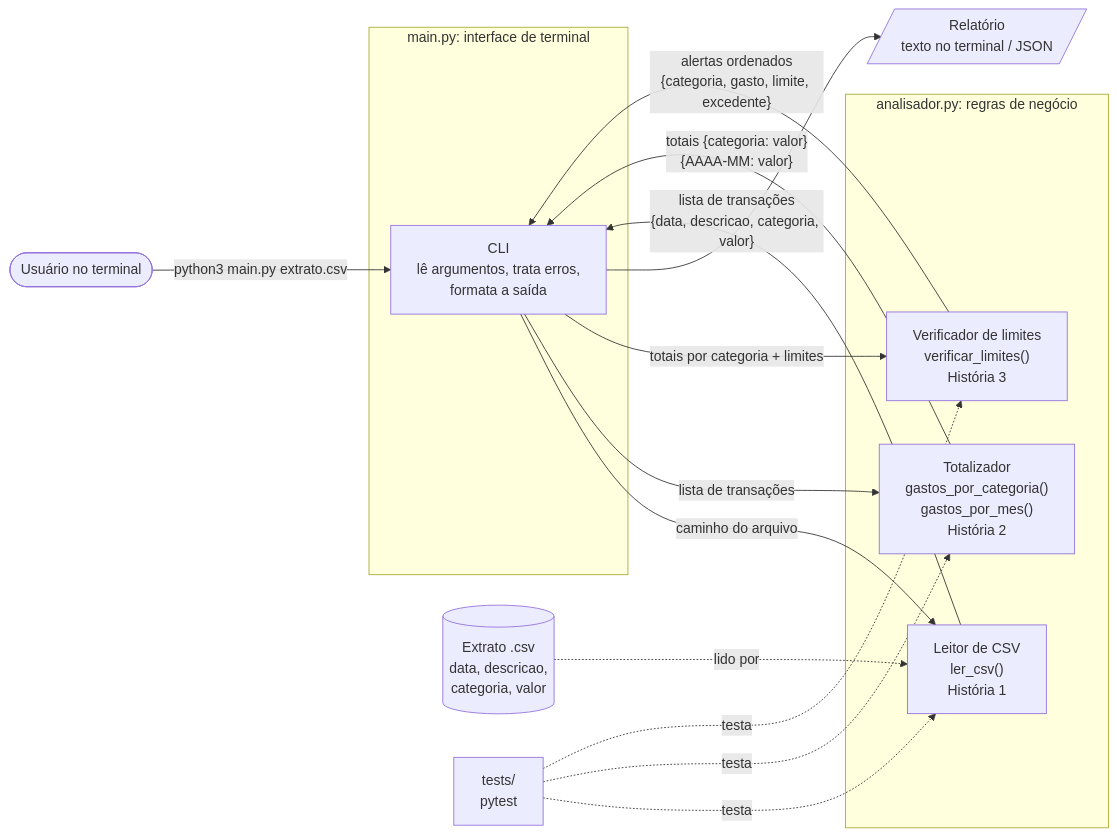
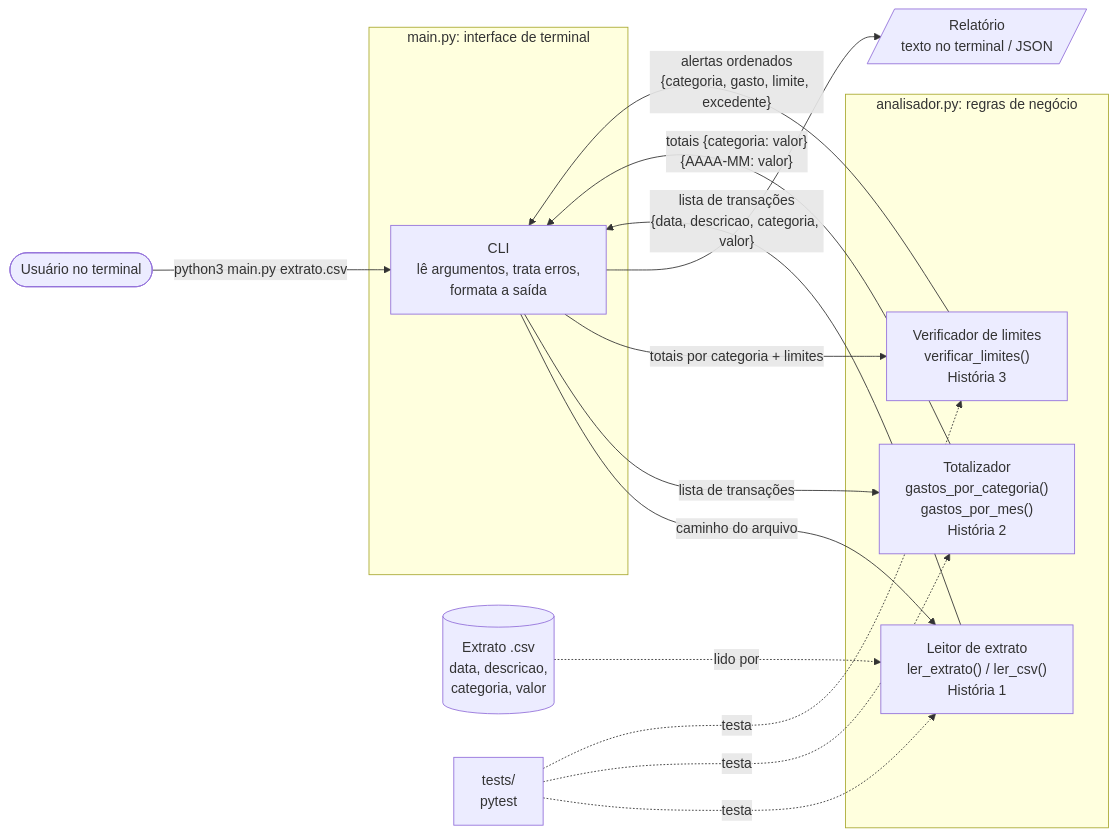
One commit to eLivrari/Atividade3-eng.software changed the first of 2 diagrams in ARQUITETURA.md. Above: the diagram before and after it, drawn with Mermaid. The commit also changed other lines of this file, not shown here.

Commit message:
arquitetura: diagrama de classes e padroes da historia 1

````diff
--- a/ARQUITETURA.md
+++ b/ARQUITETURA.md
@@ -7,30 +7,30 @@
 ```mermaid
 flowchart LR
     U([Usuário no terminal]) -->|"python3 main.py extrato.csv"| CLI
 
     subgraph Interface ["main.py: interface de terminal"]
         CLI["CLI<br/>lê argumentos, trata erros,<br/>formata a saída"]
     end
 
     subgraph Regras ["analisador.py: regras de negócio"]
-        LEITOR["Leitor de CSV<br/>ler_csv()<br/>História 1"]
+        LEITOR["Leitor de extrato<br/>ler_extrato() / ler_csv()<br/>História 1"]
         TOTAIS["Totalizador<br/>gastos_por_categoria()<br/>gastos_por_mes()<br/>História 2"]
         LIMITES["Verificador de limites<br/>verificar_limites()<br/>História 3"]
     end
 
     ARQ[("Extrato .csv<br/>data, descricao,<br/>categoria, valor")]
     REL[/"Relatório<br/>texto no terminal / JSON"/]
 
     CLI -->|caminho do arquivo| LEITOR
     ARQ -.->|lido por| LEITOR
     LEITOR -->|"lista de transações<br/>{data, descricao, categoria, valor}"| CLI
     CLI -->|lista de transações| TOTAIS
     TOTAIS -->|"totais {categoria: valor}<br/>{AAAA-MM: valor}"| CLI
     CLI -->|"totais por categoria + limites"| LIMITES
     LIMITES -->|"alertas ordenados<br/>{categoria, gasto, limite, excedente}"| CLI
     CLI --> REL
 
     TESTES["tests/<br/>pytest"] -.->|testa| LEITOR
     TESTES -.->|testa| TOTAIS
     TESTES -.->|testa| LIMITES
 ```
````
